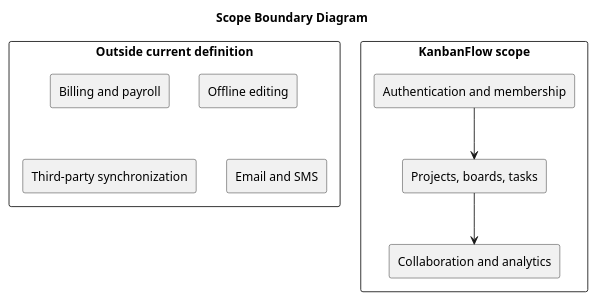
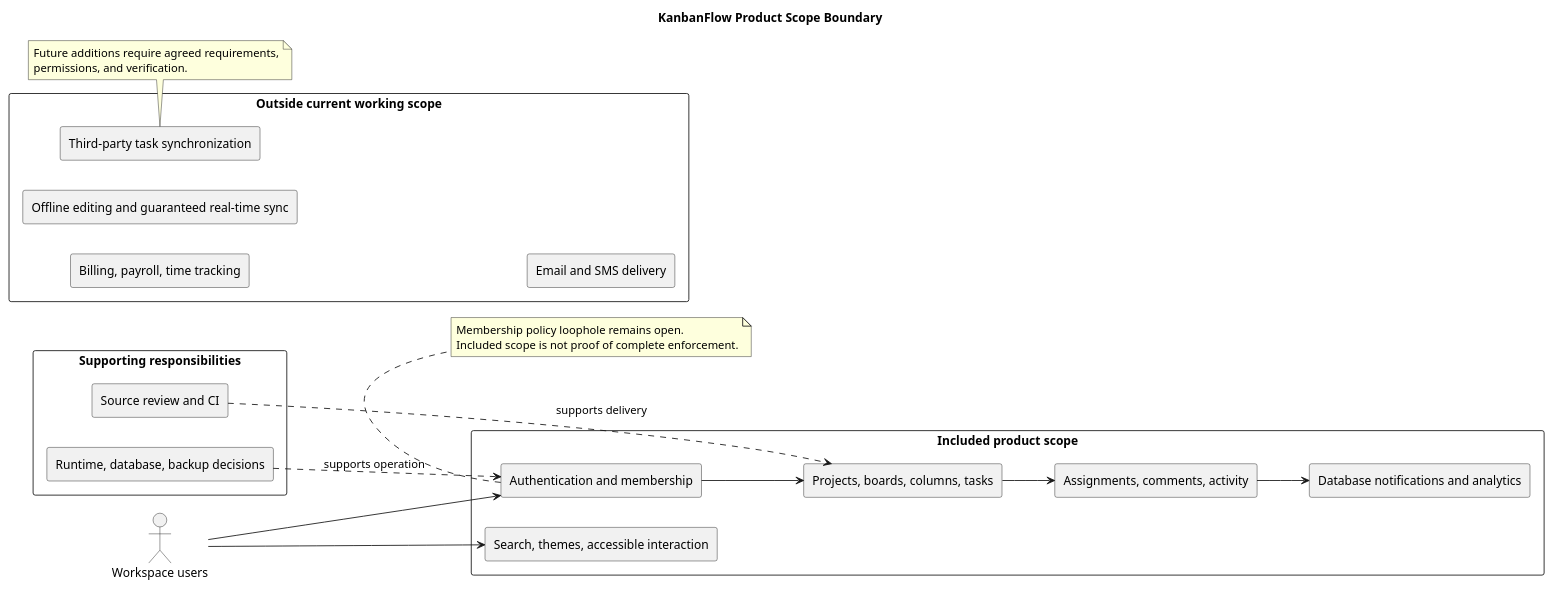
One commit to Farhad-Valizadegan/Web-KanbanFlow changed the diagram in docs/Project-Definition/scope-boundary-diagram.md. Above: the diagram before and after it, drawn with PlantUML. The commit also changed other lines of this file and 2 other files, not shown here.

Commit message:
docs: complete product scope boundary and exclusions

````diff
--- a/docs/Project-Definition/scope-boundary-diagram.md
+++ b/docs/Project-Definition/scope-boundary-diagram.md
@@ -25,18 +98,39 @@
 ```plantuml
 @startuml
-title Scope Boundary Diagram
-rectangle "KanbanFlow scope" {
- rectangle "Authentication and membership" as A
- rectangle "Projects, boards, tasks" as W
- rectangle "Collaboration and analytics" as C
+title KanbanFlow Product Scope Boundary
+left to right direction
+actor "Workspace users" as Users
+rectangle "Included product scope" {
+ rectangle "Authentication and membership" as Auth
+ rectangle "Projects, boards, columns, tasks" as Work
+ rectangle "Assignments, comments, activity" as Collaboration
+ rectangle "Database notifications and analytics" as Insights
+ rectangle "Search, themes, accessible interaction" as UX
 }
-rectangle "Outside current definition" {
- rectangle "Billing and payroll" as P
- rectangle "Offline editing" as O
- rectangle "Third-party synchronization" as T
- rectangle "Email and SMS" as E
+rectangle "Supporting responsibilities" {
+ rectangle "Source review and CI" as CI
+ rectangle "Runtime, database, backup decisions" as Operations
 }
-A --> W
-W --> C
+rectangle "Outside current working scope" {
+ rectangle "Billing, payroll, time tracking" as Business
+ rectangle "Offline editing and guaranteed real-time sync" as Sync
+ rectangle "Third-party task synchronization" as Integration
+ rectangle "Email and SMS delivery" as Delivery
+}
+Users --> Auth
+Auth --> Work
+Work --> Collaboration
+Collaboration --> Insights
+Users --> UX
+CI ..> Work : supports delivery
+Operations ..> Auth : supports operation
+note bottom of Auth
+Membership policy loophole remains open.
+Included scope is not proof of complete enforcement.
+end note
+note bottom of Integration
+Future additions require agreed requirements,
+permissions, and verification.
+end note
 @enduml
 ```
````
